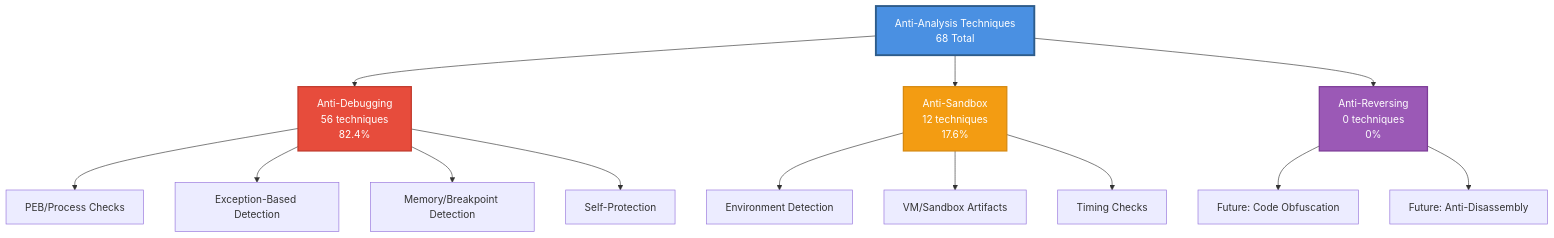
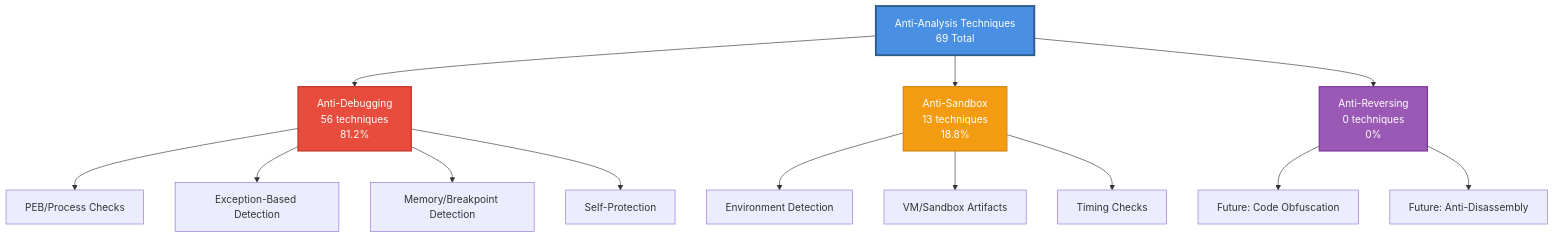
Before and after one commit to mabj/anti: the diagram in README.md, drawn with Mermaid. The commit also changed other lines of this file and 9 other files, not shown here.

Commit message:
Adding new time-based anti-sandbox technique AS013.

````diff
--- a/README.md
+++ b/README.md
@@ -68,23 +68,23 @@
 ```mermaid
 graph TB
-    A[Anti-Analysis Techniques<br/>68 Total] --> B[Anti-Debugging<br/>56 techniques<br/>82.4%]
-    A --> C[Anti-Sandbox<br/>12 techniques<br/>17.6%]
+    A[Anti-Analysis Techniques<br/>69 Total] --> B[Anti-Debugging<br/>56 techniques<br/>81.2%]
+    A --> C[Anti-Sandbox<br/>13 techniques<br/>18.8%]
     A --> D[Anti-Reversing<br/>0 techniques<br/>0%]
 
     B --> B1[PEB/Process Checks]
     B --> B2[Exception-Based Detection]
     B --> B3[Memory/Breakpoint Detection]
     B --> B4[Self-Protection]
 
     C --> C1[Environment Detection]
     C --> C2[VM/Sandbox Artifacts]
     C --> C3[Timing Checks]
 
     D --> D1[Future: Code Obfuscation]
     D --> D2[Future: Anti-Disassembly]
 
     style A fill:#4A90E2,stroke:#2E5C8A,stroke-width:3px,color:#fff
     style B fill:#E74C3C,stroke:#C0392B,stroke-width:2px,color:#fff
     style C fill:#F39C12,stroke:#D68910,stroke-width:2px,color:#fff
     style D fill:#9B59B6,stroke:#7D3C98,stroke-width:2px,color:#fff
 ```
````
